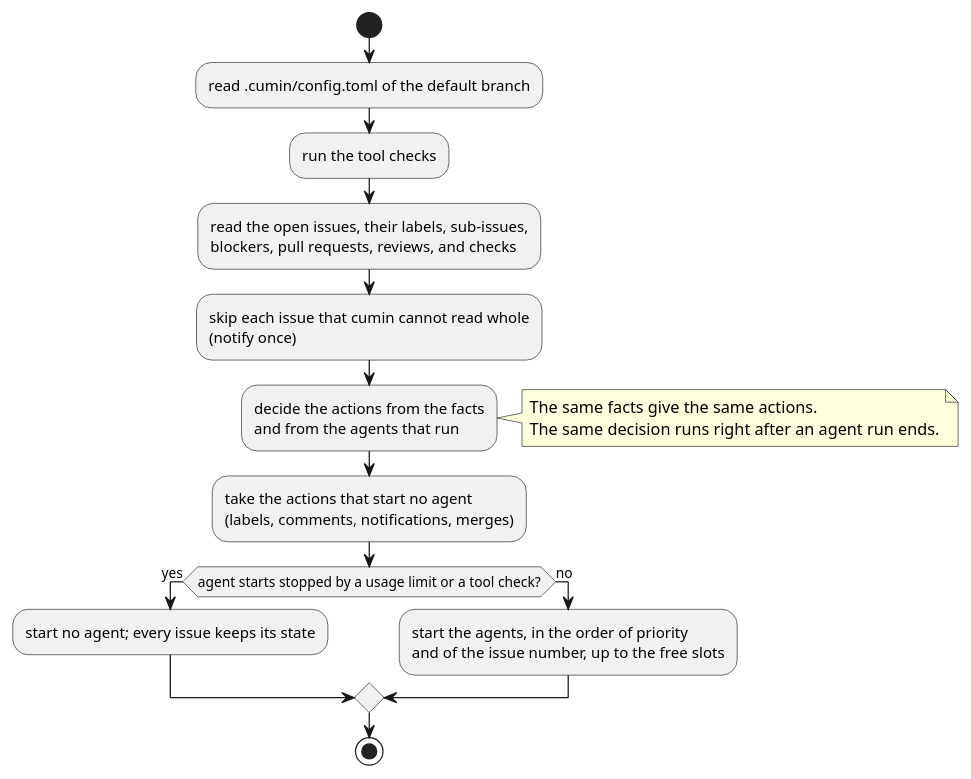
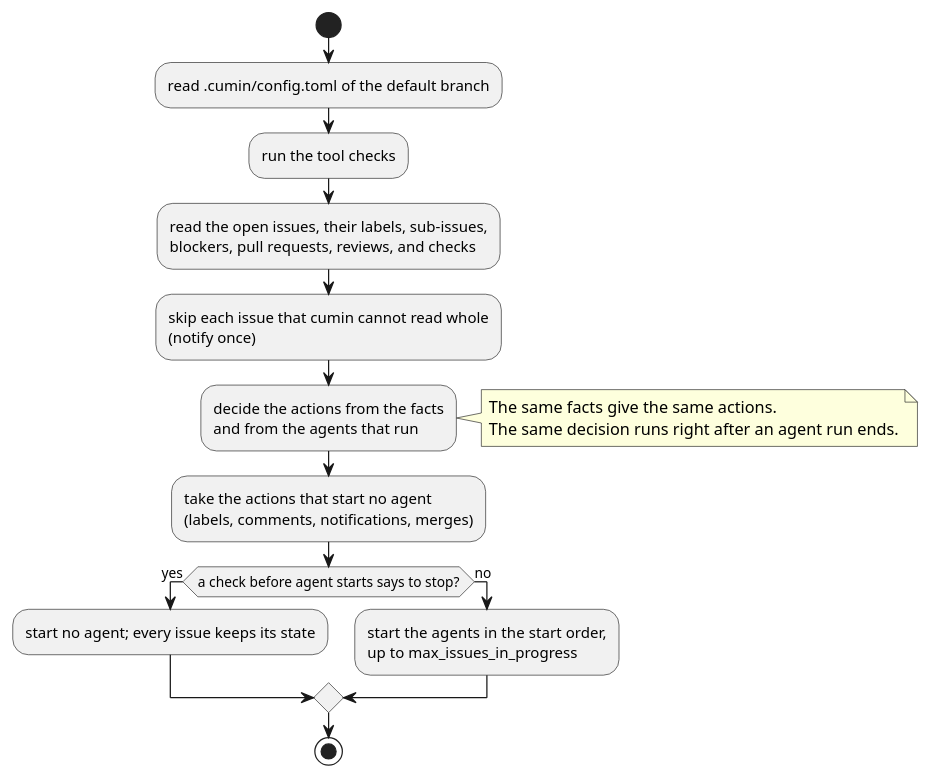
One commit to cloveclovedev/cumin-works changed the diagram in docs/ja/requirements/poll/overview.puml. Above: the diagram before and after it, drawn with PlantUML. The commit also changed 2 other files, not shown here.

Commit message:
docs(requirements): align POLL with AGENT-002 and drop "same reason"
Refer to AGENT-002 for the conditions that stop agent starts, and show
all of its checks, the start order, and max_issues_in_progress in the
diagram. POLL-010 notifies after three failed polls in a row, whatever
the reasons, and writes the reason in the notification.

Claude-Session: https://claude.ai/code/session_016tkMojagRLLJdZue2gpRyn

```diff
--- a/docs/ja/requirements/poll/overview.puml
+++ b/docs/ja/requirements/poll/overview.puml
@@ -1,23 +1,23 @@
 @startuml overview
 ' cumin-works - one poll of one target repository.
 ' Render: run scripts/render-diagrams.sh at the root of the repository.
 
 start
 :read .cumin/config.toml of the default branch;
 :run the tool checks;
 :read the open issues, their labels, sub-issues,\nblockers, pull requests, reviews, and checks;
 :skip each issue that cumin cannot read whole\n(notify once);
 :decide the actions from the facts\nand from the agents that run;
 note right
   The same facts give the same actions.
   The same decision runs right after an agent run ends.
 end note
 :take the actions that start no agent\n(labels, comments, notifications, merges);
-if (agent starts stopped by a usage limit or a tool check?) then (yes)
+if (a check before agent starts says to stop?) then (yes)
   :start no agent; every issue keeps its state;
 else (no)
-  :start the agents, in the order of priority\nand of the issue number, up to the free slots;
+  :start the agents in the start order,\nup to max_issues_in_progress;
 endif
 stop
 
 @enduml
```
